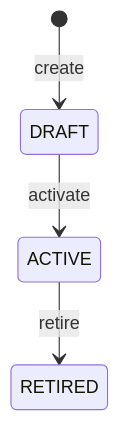
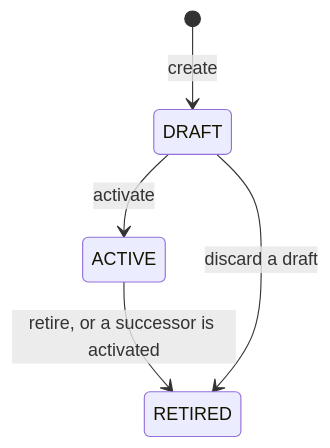
The diagram in docs/PHOTO_PROTOCOLS.md (cgibson24/Aestara), drawn with Mermaid before and after one commit. The commit also changed other lines of this file and 23 other files, not shown here.

````diff
--- a/docs/PHOTO_PROTOCOLS.md
+++ b/docs/PHOTO_PROTOCOLS.md
@@ -64,6 +71,7 @@
 ```mermaid
 stateDiagram-v2
   [*] --> DRAFT: create
   DRAFT --> ACTIVE: activate
-  ACTIVE --> RETIRED: retire
+  ACTIVE --> RETIRED: retire, or a successor is activated
+  DRAFT --> RETIRED: discard a draft
 ```
````
